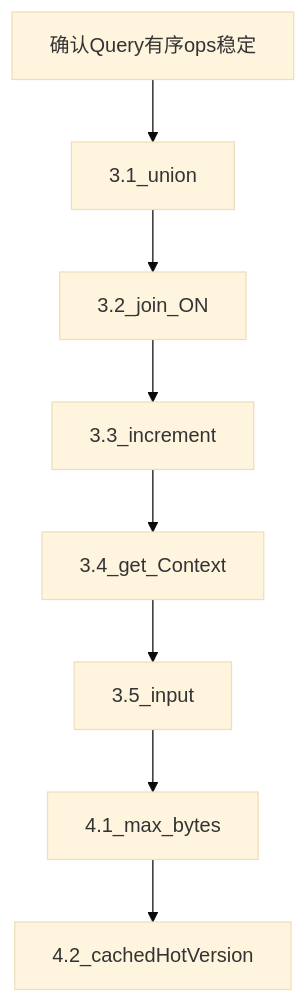
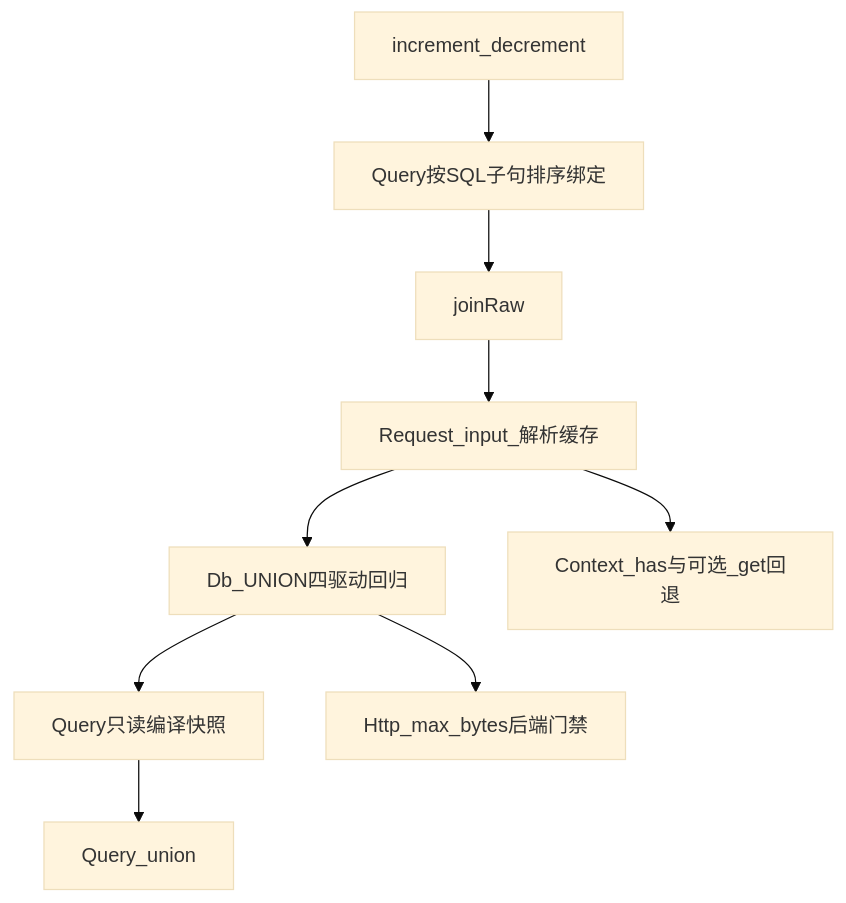
Before and after one commit to sasou/gene: the diagram in plan/typical-usage-gaps.md, drawn with Mermaid (base theme). The commit also changed other lines of this file, not shown here.

Commit message:
重写 typical-usage-gaps 为源码复核版：调整优先级、新增验收度量、移除 cachedHotVersion

````diff
--- a/plan/typical-usage-gaps.md
+++ b/plan/typical-usage-gaps.md
@@ -336,14 +371,17 @@
 ```mermaid
 flowchart TD
-  ops[确认Query有序ops稳定]
-  union[3.1_union]
-  joinOn[3.2_join_ON]
-  inc[3.3_increment]
-  ctx[3.4_get_Context]
-  json[3.5_input]
-  maxb[4.1_max_bytes]
-  hot[4.2_cachedHotVersion]
-  ops --> union --> joinOn --> inc
-  inc --> ctx --> json
-  json --> maxb --> hot
+  inc[increment_decrement]
+  bind[Query按SQL子句排序绑定]
+  join[joinRaw]
+  input[Request_input_解析缓存]
+  dbu[Db_UNION四驱动回归]
+  compile[Query只读编译快照]
+  union[Query_union]
+  ctx[Context_has与可选_get回退]
+  maxb[Http_max_bytes后端门禁]
+  inc --> bind --> join
+  join --> input
+  input --> dbu --> compile --> union
+  input --> ctx
+  dbu --> maxb
 ```
````
